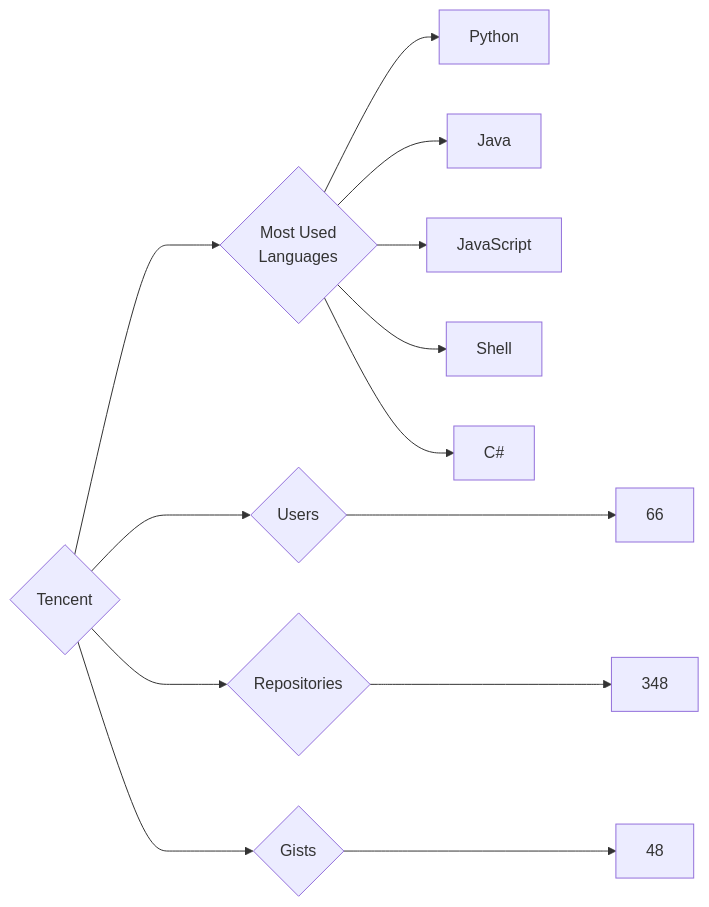
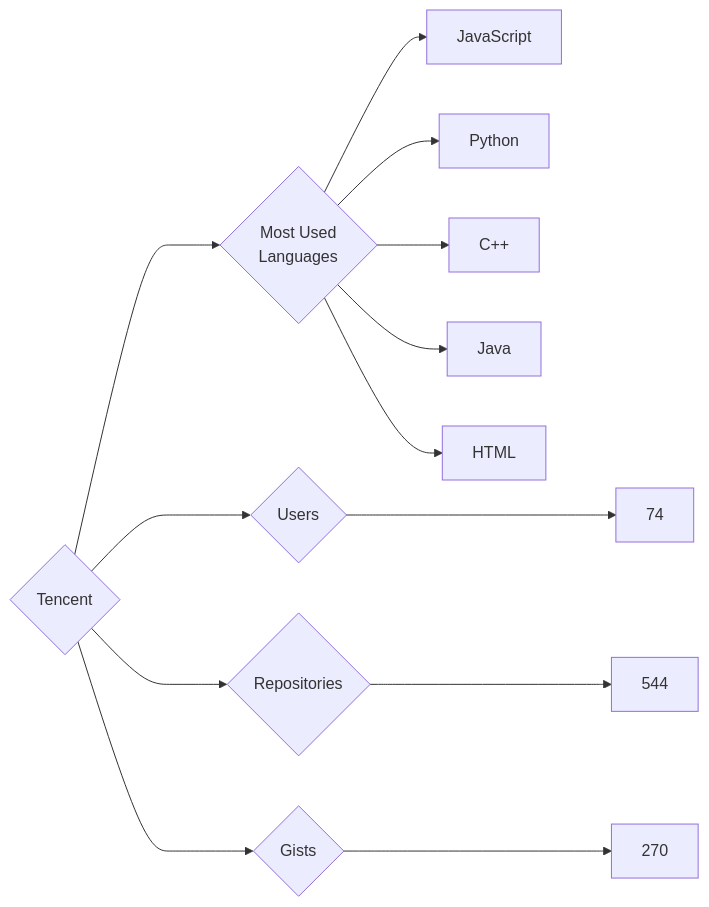
The diagram in targets/Tencent/README.md (trickest/insiders), drawn with Mermaid before and after one commit. The commit also changed 877 other files, not shown here.

````diff
--- a/targets/Tencent/README.md
+++ b/targets/Tencent/README.md
@@ -3,13 +3,13 @@
 ```mermaid
 graph LR
 COMPANY_NAME{Tencent}
-COMPANY_NAME ---> U{Users} ---> UN[66]
-COMPANY_NAME ---> R{Repositories} ---> RN[348]
-COMPANY_NAME ---> G{Gists} ---> GN[48]
+COMPANY_NAME ---> U{Users} ---> UN[74]
+COMPANY_NAME ---> R{Repositories} ---> RN[544]
+COMPANY_NAME ---> G{Gists} ---> GN[270]
 COMPANY_NAME ---> ML{Most Used<br>Languages}
+ML --> JavaScript[JavaScript]
 ML --> Python[Python]
+ML --> C++[C++]
 ML --> Java[Java]
-ML --> JavaScript[JavaScript]
-ML --> Shell[Shell]
-ML --> C#[C#]
+ML --> HTML[HTML]
 ```
````
